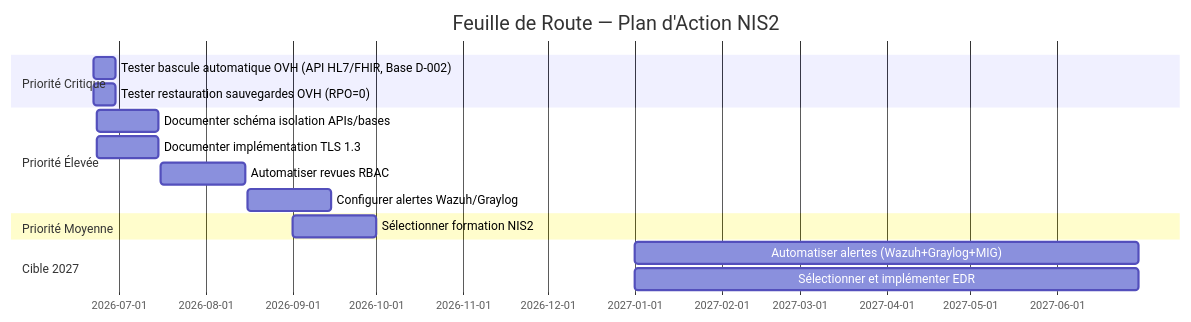
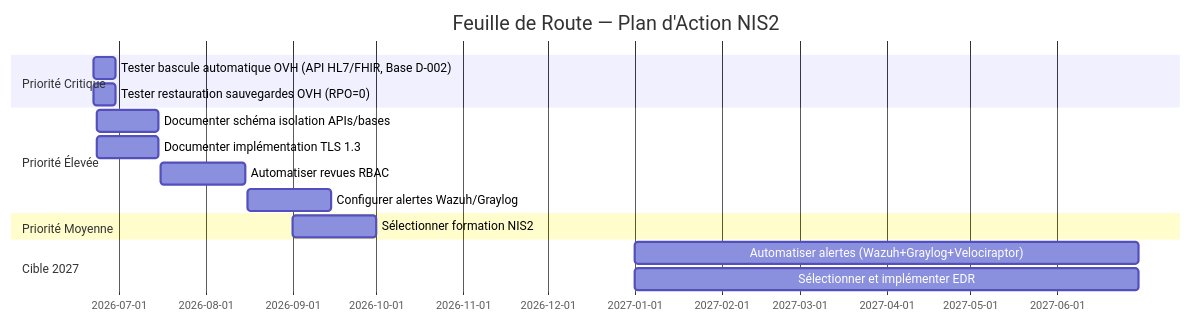
Before and after one commit to solenefig-lab/grc-pme-fictive: the diagram in semaine-5-ebios-rm/3-scenarios-strategiques.md, drawn with Mermaid. The commit also changed other lines of this file and 14 other files, not shown here.

Commit message:
docs(S4): activation PCA/PRA différenciée (4h / 12h hors heures ouvrées), MIG remplacé par Velociraptor, alignement autres docs.

````diff
--- a/semaine-5-ebios-rm/3-scenarios-strategiques.md
+++ b/semaine-5-ebios-rm/3-scenarios-strategiques.md
@@ -308,18 +308,18 @@
 ```mermaid
 gantt
     title Feuille de Route — Plan d'Action NIS2
     dateFormat  YYYY-MM-DD
     section Priorité Critique
     Tester bascule automatique OVH (API HL7/FHIR, Base D-002) :a1, 2026-06-22, 8d
     Tester restauration sauvegardes OVH (RPO=0) :a2, 2026-06-22, 8d
     section Priorité Élevée
     Documenter schéma isolation APIs/bases :b1, 2026-06-23, 22d
     Documenter implémentation TLS 1.3 :b2, 2026-06-23, 22d
     Automatiser revues RBAC :b3, 2026-07-16, 30d
     Configurer alertes Wazuh/Graylog :b4, 2026-08-16, 30d
     section Priorité Moyenne
     Sélectionner formation NIS2 :c1, 2026-09-01, 30d
     section Cible 2027
-    Automatiser alertes (Wazuh+Graylog+MIG) :d1, 2027-01-01, 180d
+    Automatiser alertes (Wazuh+Graylog+Velociraptor) :d1, 2027-01-01, 180d
     Sélectionner et implémenter EDR :d2, 2027-01-01, 180d
  ```
````
